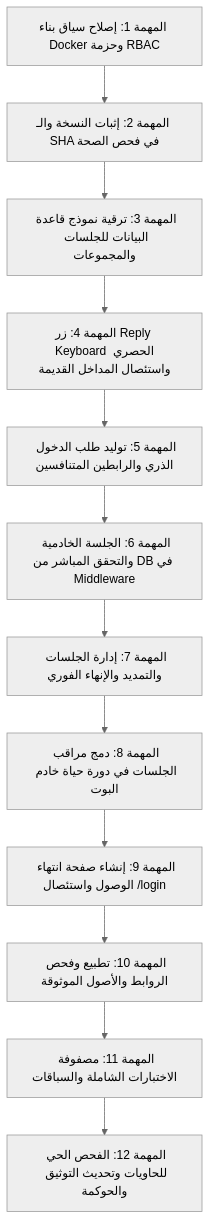
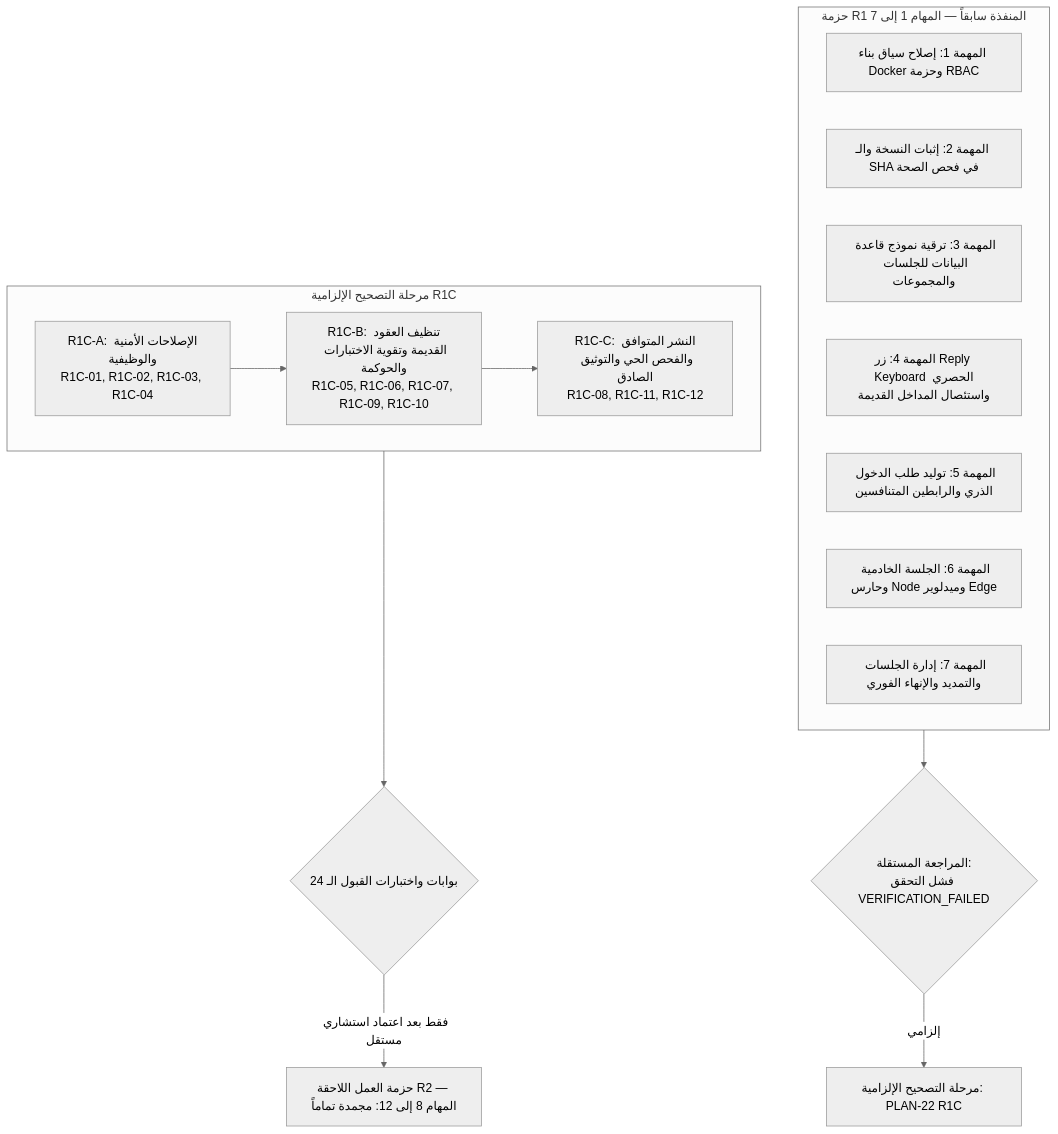
One commit to SalehOsman/Alsaada-Smart-Bot changed the diagram in docs/work-plans/22-plan-bot-only-dashboard-auth-and-session-remediation.md. Above: the diagram before and after it, drawn with Mermaid (neutral theme). The commit also changed other lines of this file and 9 other files, not shown here.

````diff
--- a/docs/work-plans/22-plan-bot-only-dashboard-auth-and-session-remediation.md
+++ b/docs/work-plans/22-plan-bot-only-dashboard-auth-and-session-remediation.md
@@ -55,14 +65,26 @@
 ```mermaid
 graph TD
-    T1[المهمة 1: إصلاح سياق بناء Docker وحزمة RBAC] --> T2[المهمة 2: إثبات النسخة والـ SHA في فحص الصحة]
-    T2 --> T3[المهمة 3: ترقية نموذج قاعدة البيانات للجلسات والمجموعات]
-    T3 --> T4[المهمة 4: زر Reply Keyboard الحصري واستئصال المداخل القديمة]
-    T4 --> T5[المهمة 5: توليد طلب الدخول الذري والرابطين المتنافسين]
-    T5 --> T6[المهمة 6: الجلسة الخادمية والتحقق المباشر من DB في Middleware]
-    T6 --> T7[المهمة 7: إدارة الجلسات والتمديد والإنهاء الفوري]
-    T7 --> T8[المهمة 8: دمج مراقب الجلسات في دورة حياة خادم البوت]
-    T8 --> T9[المهمة 9: إنشاء صفحة انتهاء الوصول واستئصال /login]
-    T9 --> T10[المهمة 10: تطبيع وفحص الروابط والأصول الموثوقة]
-    T10 --> T11[المهمة 11: مصفوفة الاختبارات الشاملة والسباقات]
-    T11 --> T12[المهمة 12: الفحص الحي للحاويات وتحديث التوثيق والحوكمة]
+    subgraph R1_Legacy [حزمة R1 المنفذة سابقاً — المهام 1 إلى 7]
+        T1[المهمة 1: إصلاح سياق بناء Docker وحزمة RBAC]
+        T2[المهمة 2: إثبات النسخة والـ SHA في فحص الصحة]
+        T3[المهمة 3: ترقية نموذج قاعدة البيانات للجلسات والمجموعات]
+        T4[المهمة 4: زر Reply Keyboard الحصري واستئصال المداخل القديمة]
+        T5[المهمة 5: توليد طلب الدخول الذري والرابطين المتنافسين]
+        T6[المهمة 6: الجلسة الخادمية وحارس Node وميدلوير Edge]
+        T7[المهمة 7: إدارة الجلسات والتمديد والإنهاء الفوري]
+    end
+
+    R1_Legacy --> AuditDecision{المراجعة المستقلة:<br/>فشل التحقق VERIFICATION_FAILED}
+
+    AuditDecision -->|إلزامي| R1C[مرحلة التصحيح الإلزامية: PLAN-22 R1C]
+
+    subgraph R1C_Phase [مرحلة التصحيح الإلزامية R1C]
+        R1C_A[R1C-A: الإصلاحات الأمنية والوظيفية<br/>R1C-01, R1C-02, R1C-03, R1C-04]
+        R1C_B[R1C-B: تنظيف العقود القديمة وتقوية الاختبارات والحوكمة<br/>R1C-05, R1C-06, R1C-07, R1C-09, R1C-10]
+        R1C_C[R1C-C: النشر المتوافق والفحص الحي والتوثيق الصادق<br/>R1C-08, R1C-11, R1C-12]
+        R1C_A --> R1C_B --> R1C_C
+    end
+
+    R1C_Phase --> AcceptanceGates{بوابات واختبارات القبول الـ 24}
+    AcceptanceGates -->|فقط بعد اعتماد استشاري مستقل| R2_Frozen[حزمة العمل اللاحقة R2 — المهام 8 إلى 12: مجمدة تماماً]
 ```
````
